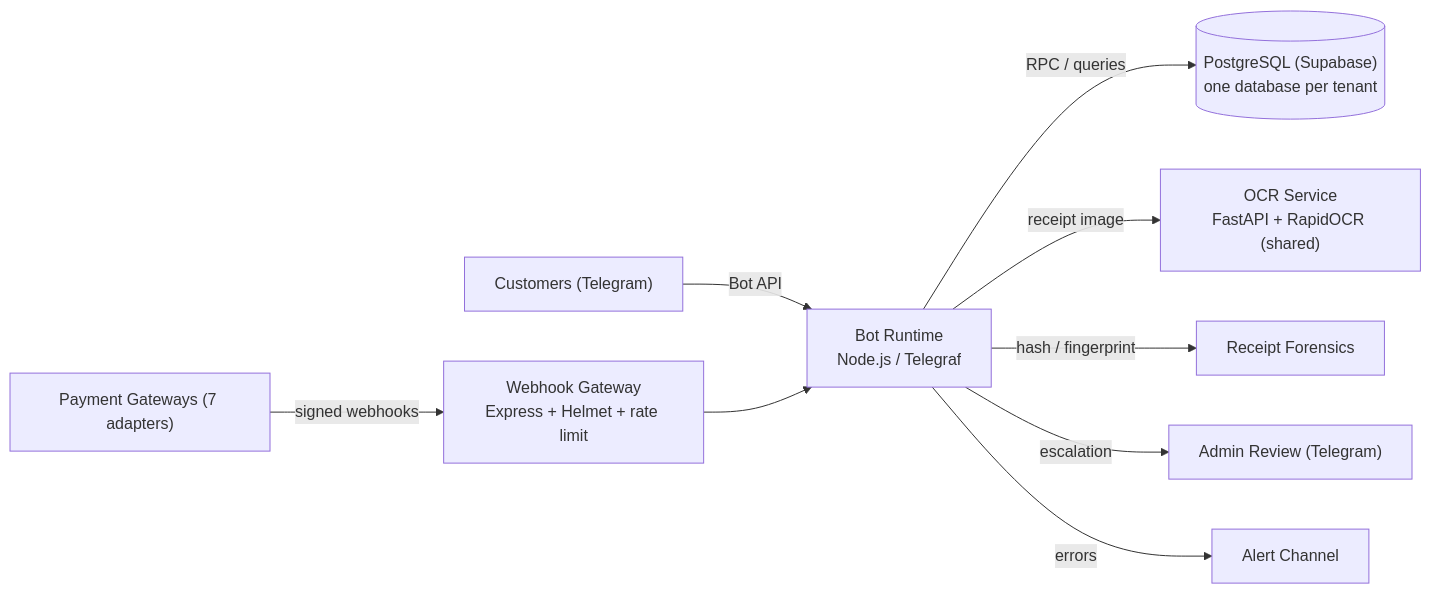
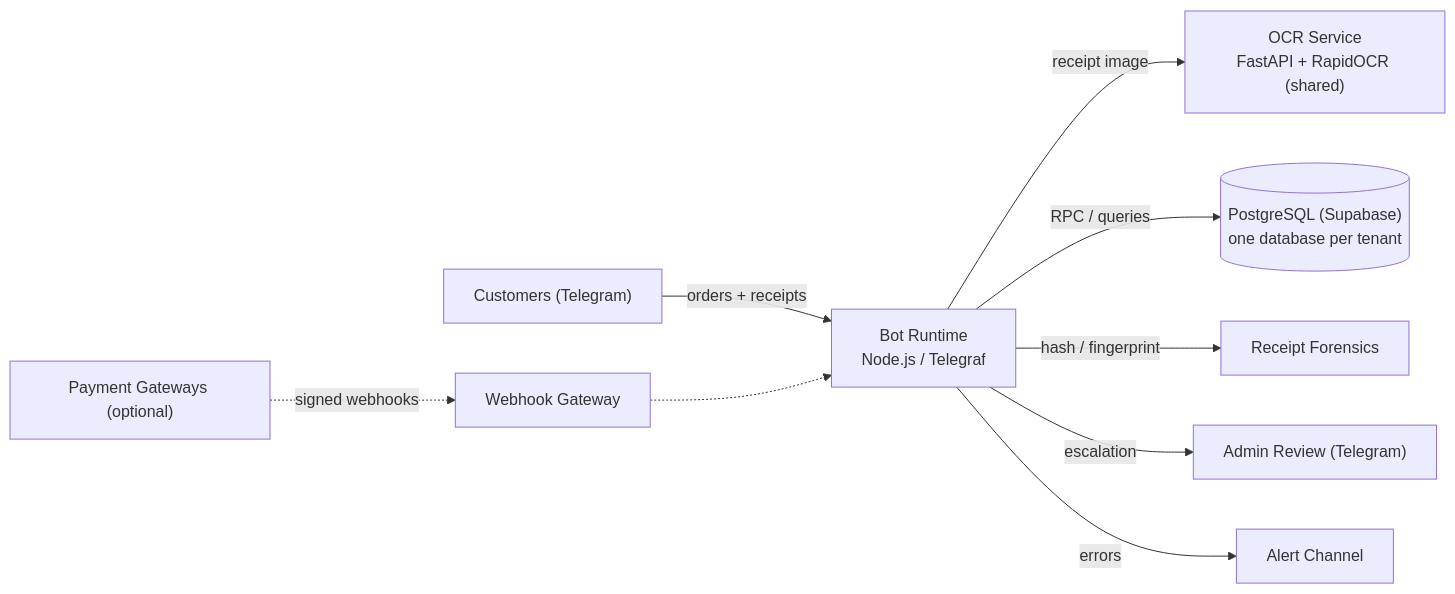
Before and after one commit to hugogustaaf/saas-infrastructure-core-V2: the first of 2 diagrams in README.md, drawn with Mermaid. The commit also changed other lines of this file and 2 other files, not shown here.

````diff
--- a/README.md
+++ b/README.md
@@ -30,11 +34,11 @@
 ```mermaid
 flowchart LR
-    U["Customers (Telegram)"] -->|"Bot API"| B["Bot Runtime\nNode.js / Telegraf"]
-    PG["Payment Gateways (7 adapters)"] -->|"signed webhooks"| W["Webhook Gateway\nExpress + Helmet + rate limit"]
-    W --> B
+    U["Customers (Telegram)"] -->|"orders + receipts"| B["Bot Runtime\nNode.js / Telegraf"]
+    B -->|"receipt image"| OCR["OCR Service\nFastAPI + RapidOCR (shared)"]
     B -->|"RPC / queries"| DB[("PostgreSQL (Supabase)\none database per tenant")]
-    B -->|"receipt image"| OCR["OCR Service\nFastAPI + RapidOCR (shared)"]
     B -->|"hash / fingerprint"| F["Receipt Forensics"]
     B -->|"escalation"| A["Admin Review (Telegram)"]
     B -->|"errors"| L["Alert Channel"]
+    PG["Payment Gateways (optional)"] -.->|"signed webhooks"| W["Webhook Gateway"]
+    W -.-> B
 ```
````
